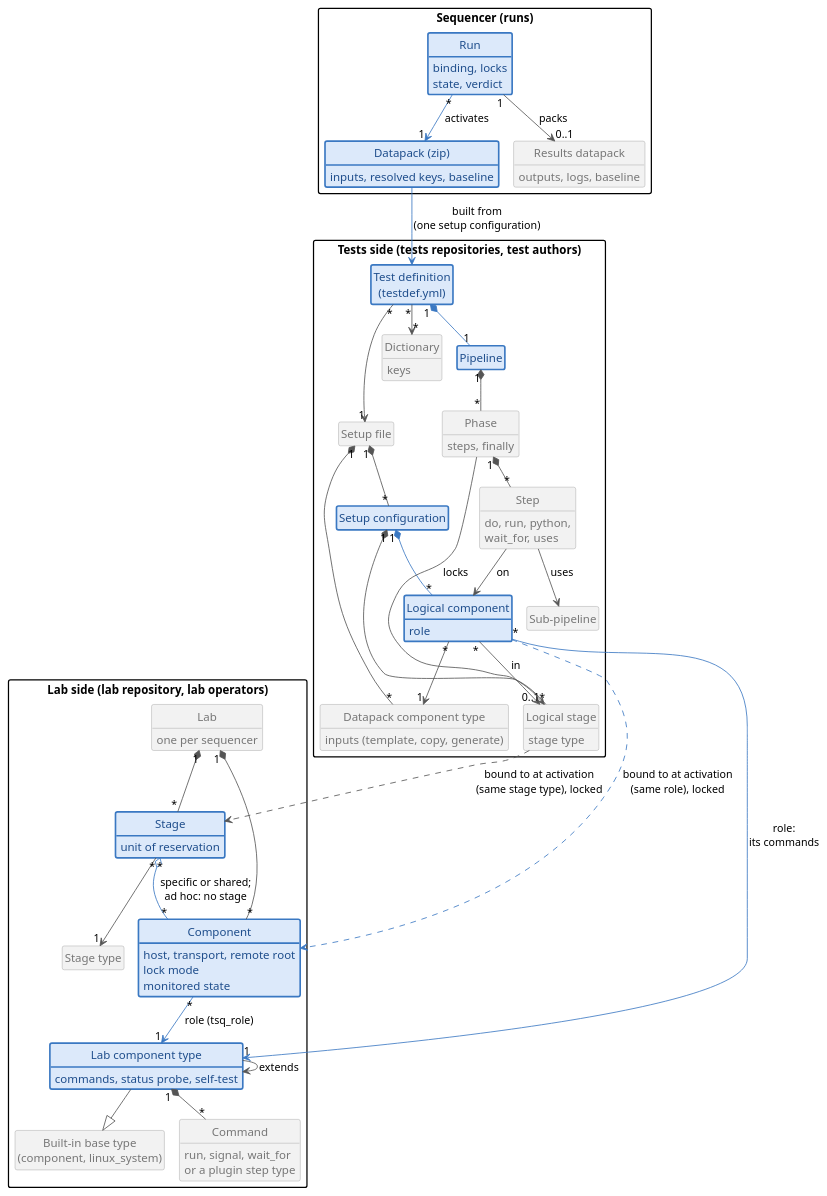
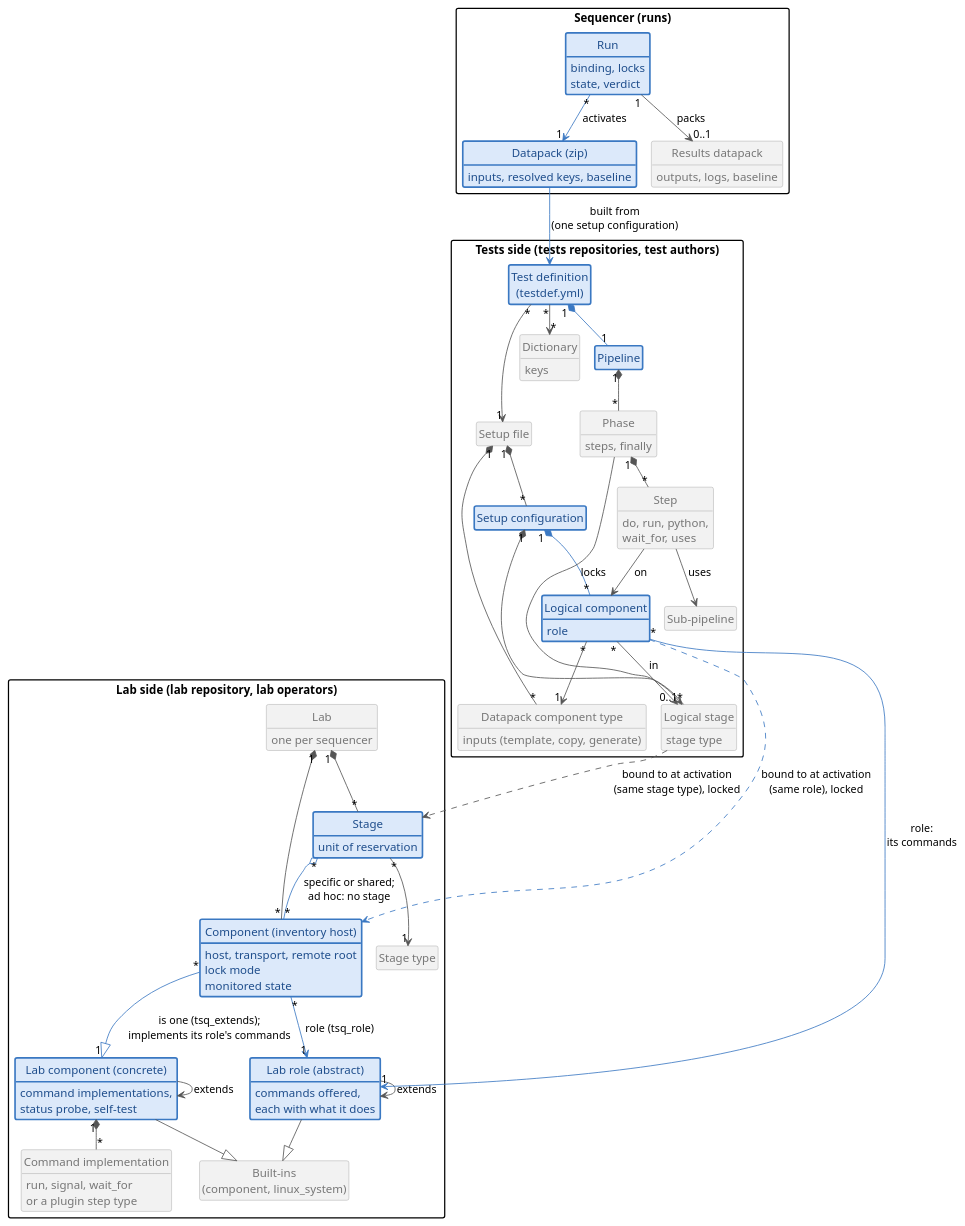
Before and after one commit to laurentmldev/testsuit: the diagram in docs/diagrams/data_model.puml, drawn with PlantUML. The commit also changed 44 other files, not shown here.

```diff
--- a/docs/diagrams/data_model.puml
+++ b/docs/diagrams/data_model.puml
@@ -1,110 +1,118 @@
 @startuml data_model
 !pragma layout smetana
 skinparam shadowing false
 skinparam defaultFontName Helvetica
 skinparam ArrowColor #555555
 skinparam classAttributeIconSize 0
 skinparam packageStyle rectangle
 hide circle
 hide empty members
 skinparam class {
   BackgroundColor #F2F2F2
   BorderColor #9A9A9A
   FontColor #555555
   AttributeFontColor #777777
 }
 
 package "Lab side (lab repository, lab operators)" as labside {
   class "Lab" as Lab {
     one per sequencer
   }
   class "Stage" as Stage #DCE9FA;line:3A78C2;line.bold;text:1F4E8C {
     unit of reservation
   }
   class "Stage type" as StageType
-  class "Component" as Component #DCE9FA;line:3A78C2;line.bold;text:1F4E8C {
+  class "Component (inventory host)" as Component #DCE9FA;line:3A78C2;line.bold;text:1F4E8C {
     host, transport, remote root
     lock mode
     monitored state
   }
-  class "Lab component type" as LabType #DCE9FA;line:3A78C2;line.bold;text:1F4E8C {
-    commands, status probe, self-test
+  class "Lab role (abstract)" as LabRole #DCE9FA;line:3A78C2;line.bold;text:1F4E8C {
+    commands offered,
+    each with what it does
   }
-  class "Built-in base type\n(component, linux_system)" as BaseType
-  class "Command" as Command {
+  class "Lab component (concrete)" as LabComp #DCE9FA;line:3A78C2;line.bold;text:1F4E8C {
+    command implementations,
+    status probe, self-test
+  }
+  class "Built-ins\n(component, linux_system)" as BaseType
+  class "Command implementation" as Command {
     run, signal, wait_for
     or a plugin step type
   }
 }
 
 package "Tests side (tests repositories, test authors)" as testside {
   class "Test definition\n(testdef.yml)" as TestDef #DCE9FA;line:3A78C2;line.bold;text:1F4E8C
   class "Setup file" as Setup
   class "Setup configuration" as SetupConf #DCE9FA;line:3A78C2;line.bold;text:1F4E8C
   class "Logical stage" as LStage {
     stage type
   }
   class "Logical component" as LComp #DCE9FA;line:3A78C2;line.bold;text:1F4E8C {
     role
   }
   class "Datapack component type" as DpType {
     inputs (template, copy, generate)
   }
   class "Dictionary" as Dict {
     keys
   }
   class "Pipeline" as Pipeline #DCE9FA;line:3A78C2;line.bold;text:1F4E8C
   class "Phase" as Phase {
     steps, finally
   }
   class "Step" as Step {
     do, run, python,
     wait_for, uses
   }
   class "Sub-pipeline" as SubPipe
 }
 
 package "Sequencer (runs)" as runside {
   class "Datapack (zip)" as Datapack #DCE9FA;line:3A78C2;line.bold;text:1F4E8C {
     inputs, resolved keys, baseline
   }
   class "Run" as Run #DCE9FA;line:3A78C2;line.bold;text:1F4E8C {
     binding, locks
     state, verdict
   }
   class "Results datapack" as Results {
     outputs, logs, baseline
   }
 }
 
 Lab "1" *-- "*" Stage
 Lab "1" *-- "*" Component
 Stage "*" o-[#3A78C2]- "*" Component : specific or shared;\nad hoc: no stage
 Stage "*" --> "1" StageType
-Component "*" -[#3A78C2]-> "1" LabType : role (tsq_role)
-LabType --> LabType : extends
-LabType --|> BaseType
-LabType "1" *-- "*" Command
+Component "*" -[#3A78C2]-> "1" LabRole : role (tsq_role)
+Component "*" -[#3A78C2]-|> "1" LabComp : is one (tsq_extends);\nimplements its role's commands
+LabRole --> LabRole : extends
+LabComp --> LabComp : extends
+LabRole --|> BaseType
+LabComp --|> BaseType
+LabComp "1" *-- "*" Command
 
 TestDef "*" --> "1" Setup
 TestDef "1" *-[#3A78C2]- "1" Pipeline
 TestDef "*" --> "*" Dict
 Setup "1" *-- "*" SetupConf
 Setup "1" *-- "*" DpType
 SetupConf "1" *-- "*" LStage
 SetupConf "1" *-[#3A78C2]- "*" LComp
 LComp "*" --> "0..1" LStage : in
 LComp "*" --> "1" DpType
-LComp "*" -[#3A78C2]-> "1" LabType : role:\nits commands
+LComp "*" -[#3A78C2]-> "1" LabRole : role:\nits commands
 Pipeline "1" *-- "*" Phase
 Phase "1" *-- "*" Step
 Step --> SubPipe : uses
 Step --> LComp : on
 Phase --> LStage : locks
 
 Datapack -[#3A78C2]-> TestDef : built from\n(one setup configuration)
 Run "*" -[#3A78C2]-> "1" Datapack : activates
 LStage ..> Stage : bound to at activation\n(same stage type), locked
 LComp .[#3A78C2].> Component : bound to at activation\n(same role), locked
 Run "1" --> "0..1" Results : packs
 @enduml
```
